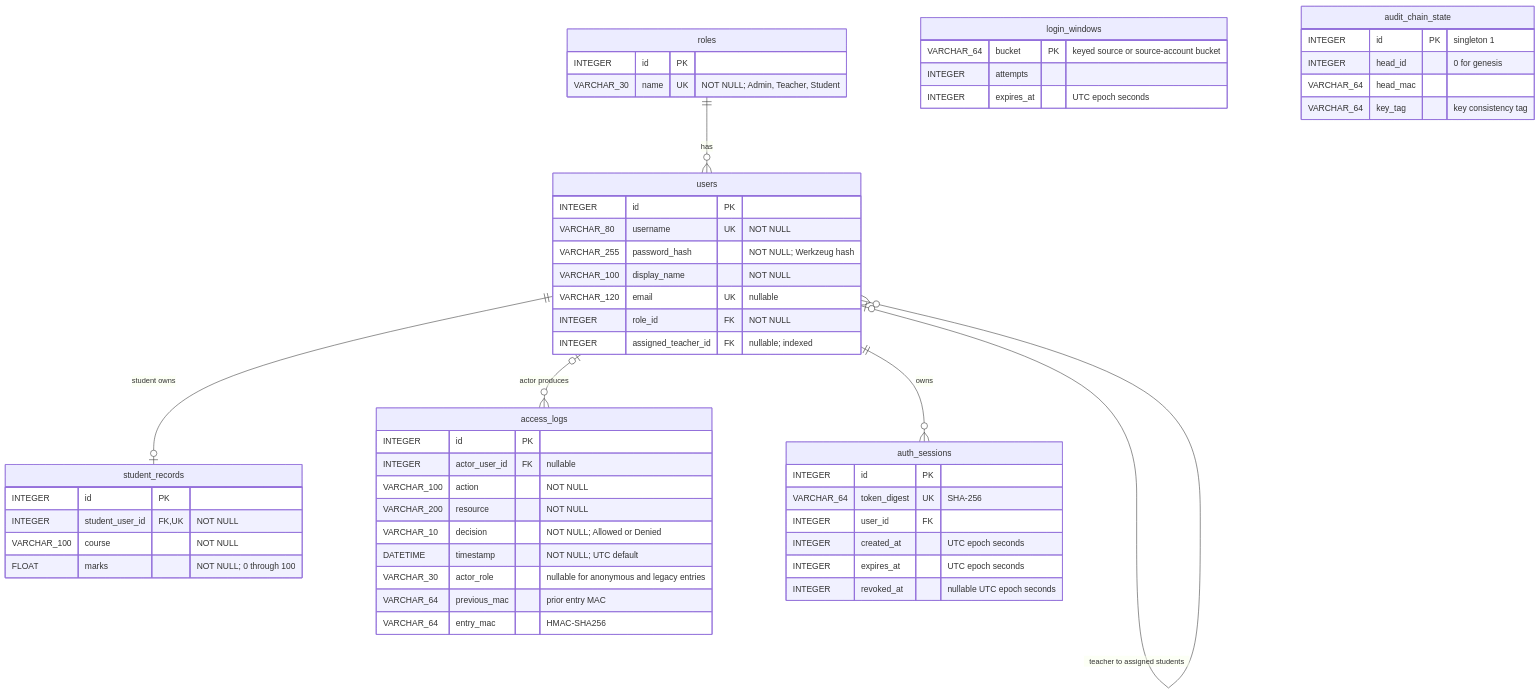
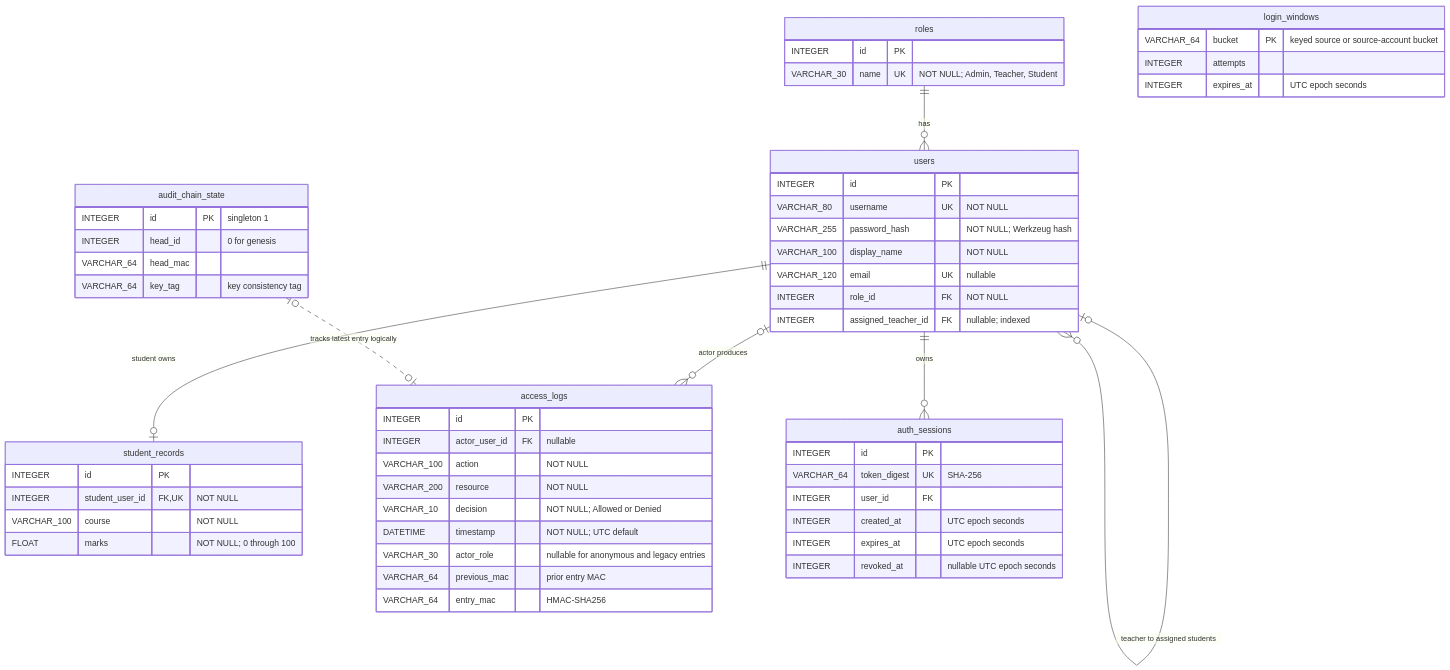
One commit to miglanisatvik989/SecureRole changed the diagram in docs/diagrams/database-schema.md. Above: the diagram before and after it, drawn with Mermaid. The commit also changed other lines of this file and 48 other files, not shown here.

````diff
--- a/docs/diagrams/database-schema.md
+++ b/docs/diagrams/database-schema.md
@@ -8,58 +8,59 @@
 ```mermaid
 erDiagram
     roles ||--o{ users : "has"
     users |o--o{ users : "teacher to assigned students"
     users ||--o| student_records : "student owns"
     users |o--o{ access_logs : "actor produces"
     users ||--o{ auth_sessions : "owns"
+    audit_chain_state |o..o| access_logs : "tracks latest entry logically"
 
     roles {
         INTEGER id PK
         VARCHAR_30 name UK "NOT NULL; Admin, Teacher, Student"
     }
     users {
         INTEGER id PK
         VARCHAR_80 username UK "NOT NULL"
         VARCHAR_255 password_hash "NOT NULL; Werkzeug hash"
         VARCHAR_100 display_name "NOT NULL"
         VARCHAR_120 email UK "nullable"
         INTEGER role_id FK "NOT NULL"
         INTEGER assigned_teacher_id FK "nullable; indexed"
     }
     student_records {
         INTEGER id PK
         INTEGER student_user_id FK,UK "NOT NULL"
         VARCHAR_100 course "NOT NULL"
         FLOAT marks "NOT NULL; 0 through 100"
     }
     access_logs {
         INTEGER id PK
         INTEGER actor_user_id FK "nullable"
         VARCHAR_100 action "NOT NULL"
         VARCHAR_200 resource "NOT NULL"
         VARCHAR_10 decision "NOT NULL; Allowed or Denied"
         DATETIME timestamp "NOT NULL; UTC default"
         VARCHAR_30 actor_role "nullable for anonymous and legacy entries"
         VARCHAR_64 previous_mac "prior entry MAC"
         VARCHAR_64 entry_mac "HMAC-SHA256"
     }
     auth_sessions {
         INTEGER id PK
         VARCHAR_64 token_digest UK "SHA-256"
         INTEGER user_id FK
         INTEGER created_at "UTC epoch seconds"
         INTEGER expires_at "UTC epoch seconds"
         INTEGER revoked_at "nullable UTC epoch seconds"
     }
     login_windows {
         VARCHAR_64 bucket PK "keyed source or source-account bucket"
         INTEGER attempts
         INTEGER expires_at "UTC epoch seconds"
     }
     audit_chain_state {
         INTEGER id PK "singleton 1"
         INTEGER head_id "0 for genesis"
         VARCHAR_64 head_mac
         VARCHAR_64 key_tag "key consistency tag"
     }
 ```
````
